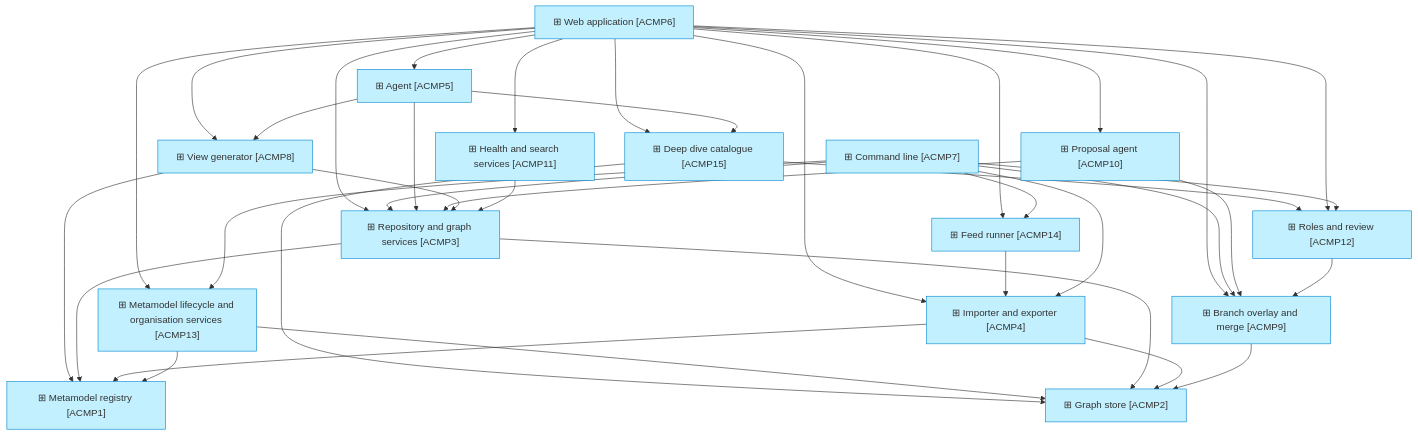
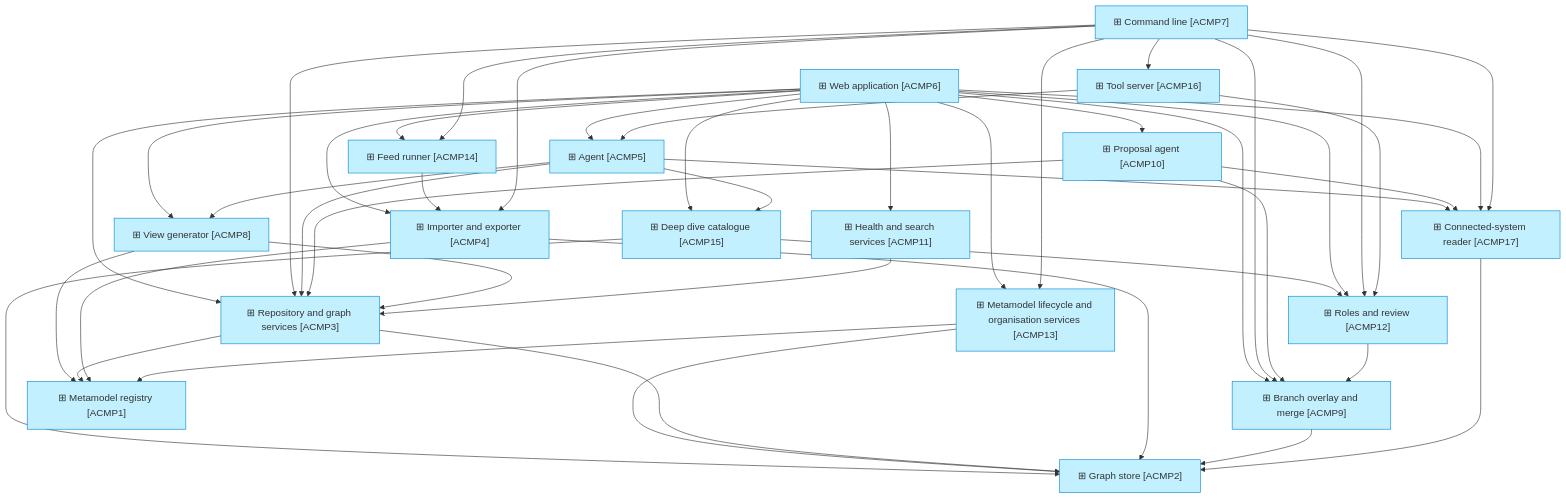
The third of 4 diagrams in architecture/4_application/2_application-components.md (roanboc/dbx-enterprise-architecture), drawn with Mermaid before and after one commit. The commit also changed other lines of this file and 15 other files, not shown here.

First line of the commit message:
docs(architecture): initiative 26 built — the application and technology layers aligned, GAP7, GAP28 and GAP29 closed

````diff
--- a/architecture/4_application/2_application-components.md
+++ b/architecture/4_application/2_application-components.md
@@ -44,56 +44,66 @@
 ```mermaid
 flowchart TB
   ui["⊞ Web application [ACMP6]"]:::application
   cli["⊞ Command line [ACMP7]"]:::application
   agent["⊞ Agent [ACMP5]"]:::application
   prop["⊞ Proposal agent [ACMP10]"]:::application
   views["⊞ View generator [ACMP8]"]:::application
   svc["⊞ Repository and graph services [ACMP3]"]:::application
   health["⊞ Health and search services [ACMP11]"]:::application
   roles["⊞ Roles and review [ACMP12]"]:::application
   br["⊞ Branch overlay and merge [ACMP9]"]:::application
   imp["⊞ Importer and exporter [ACMP4]"]:::application
   reg["⊞ Metamodel registry [ACMP1]"]:::application
   meta["⊞ Metamodel lifecycle and organisation services [ACMP13]"]:::application
   store["⊞ Graph store [ACMP2]"]:::application
   feeds["⊞ Feed runner [ACMP14]"]:::application
   dd["⊞ Deep dive catalogue [ACMP15]"]:::application
+  ts["⊞ Tool server [ACMP16]"]:::application
+  conn["⊞ Connected-system reader [ACMP17]"]:::application
   ui --> svc
   ui --> dd
   agent --> dd
   dd --> roles
   dd --> store
   ui --> imp
   ui --> feeds
   cli --> feeds
   feeds --> imp
   ui --> agent
   ui --> prop
   ui --> views
   ui --> br
   ui --> health
   ui --> roles
   ui --> meta
   cli --> svc
   cli --> imp
   cli --> br
   cli --> roles
   cli --> meta
   agent --> svc
   agent --> views
   prop --> svc
   prop --> br
   views --> svc
   views --> reg
   health --> svc
   roles --> br
   svc --> reg
   imp --> reg
   meta --> reg
   meta --> store
   svc --> store
   imp --> store
   br --> store
+  cli --> ts
+  ts --> agent
+  ts --> roles
+  agent --> conn
+  prop --> conn
+  ui --> conn
+  cli --> conn
+  conn --> store
 
   classDef application fill:#c2f0ff,stroke:#0288d1,color:#333
 ```
````
